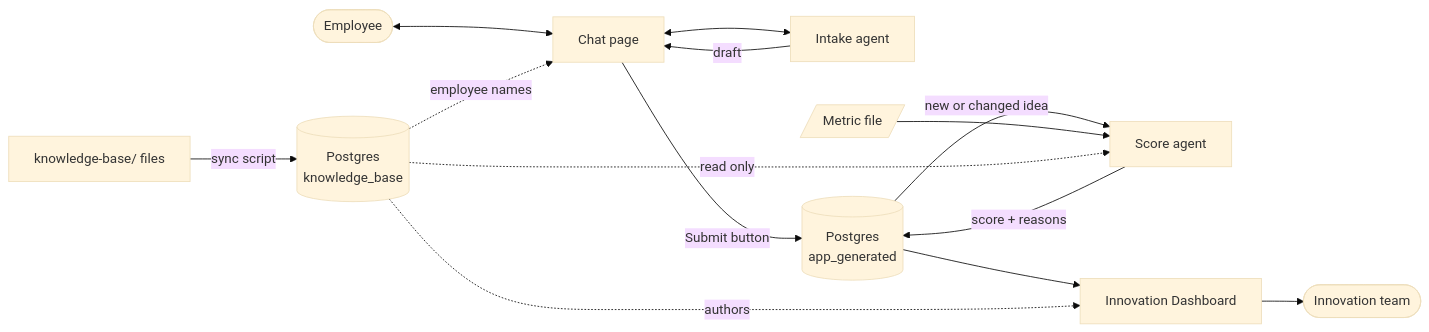
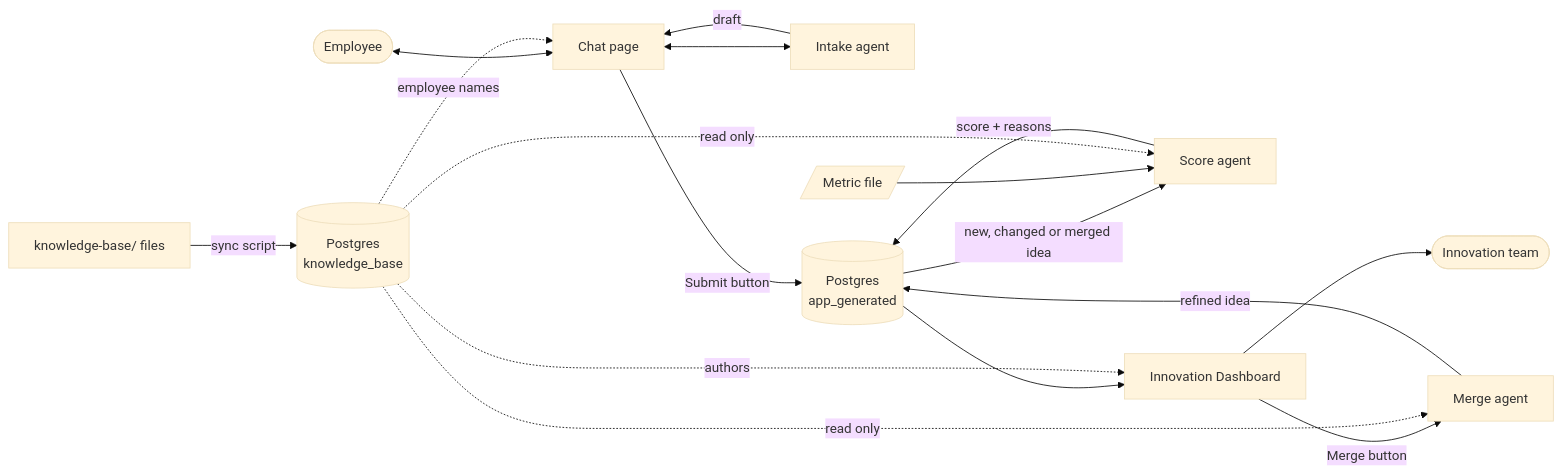
The diagram in README.md (svaichu/agent-innovation), drawn with Mermaid (base theme) before and after one commit. The commit also changed other lines of this file and 20 other files, not shown here.

````diff
--- a/README.md
+++ b/README.md
@@ -79,17 +90,20 @@
 ```mermaid
 flowchart LR
     E([Employee]) <--> C[Chat page]
     C <--> I[Intake agent]
     I -->|draft| C
     C -->|Submit button| DB[(Postgres<br/>app_generated)]
-    DB -->|new or changed idea| S[Score agent]
+    DB -->|new, changed or merged idea| S[Score agent]
     M[/Metric file/] --> S
     S -->|score + reasons| DB
     DB --> D[Innovation Dashboard]
+    D -->|Merge button| R[Merge agent]
+    R -->|refined idea| DB
     D --> T([Innovation team])
 
     F[knowledge-base/ files] -->|sync script| KB[(Postgres<br/>knowledge_base)]
     KB -.->|employee names| C
     KB -.->|authors| D
     KB -.->|read only| S
+    KB -.->|read only| R
 ```
````
